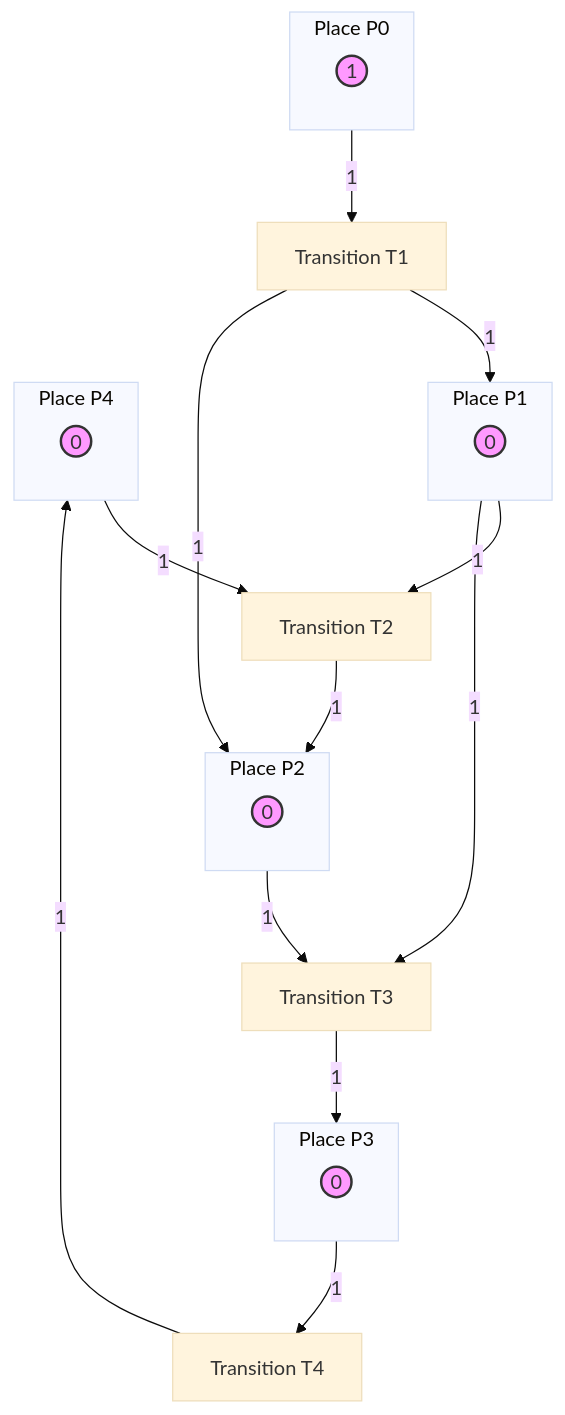
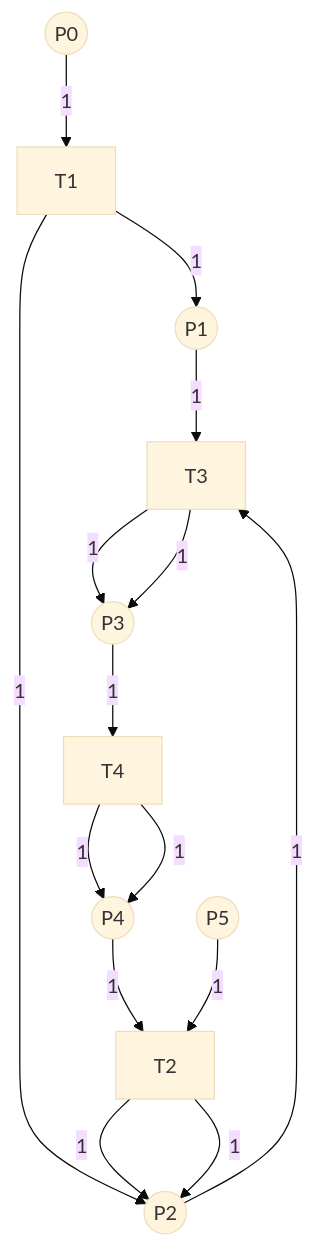
Before and after one commit to Leomconti/petri-nets: the diagram in teste3.md, drawn with Mermaid (base theme). The commit also changed 31 other files, not shown here.

````diff
--- a/teste3.md
+++ b/teste3.md
@@ -1,33 +1,17 @@
 ```mermaid
 graph TD
-    subgraph P0 [Place P0]
-        p0_token1((1)):::token
-    end
-    subgraph P1 [Place P1]
-        p1_token0((0)):::token
-    end
-    subgraph P2 [Place P2]
-        p2_token0((0)):::token
-    end
-    subgraph P3 [Place P3]
-        p3_token0((0)):::token
-    end
-    subgraph P4 [Place P4]
-        p4_token0((0)):::token
-    end
-    
-    P0 -->|1| T1[Transition T1]
-    T1 -->|1| P1
-    P1 -->|1| T2[Transition T2]
-    T2 -->|1| P2
-    P2 -->|1| T3[Transition T3]
-    T3 -->|1| P3
-    P3 -->|1| T4[Transition T4]
-    T4 -->|1| P4
-
-    P1 -->|1| T3
-    P4 -->|1| T2
-    T1 -->|1| P2
-
-    classDef token fill:#f9f,stroke:#333,stroke-width:2px;
+    P0((P0)) --> |1| T1
+    T1 --> |1| P1((P1))
+    T1 --> |1| P2((P2))
+    P2((P2)) --> |1| T3
+    T2 --> |1| P2
+    P1 --> |1| T3
+    T3 --> |1| P3((P3))
+    P3 --> |1| T4
+    T4 --> |1| P4((P4))
+    P4 --> |1| T2
+    P5((P5)) --> |1| T2
+    T2 --> |1| P2
+    T3 --> |1| P3
+    T4 --> |1| P4
 ```
````
